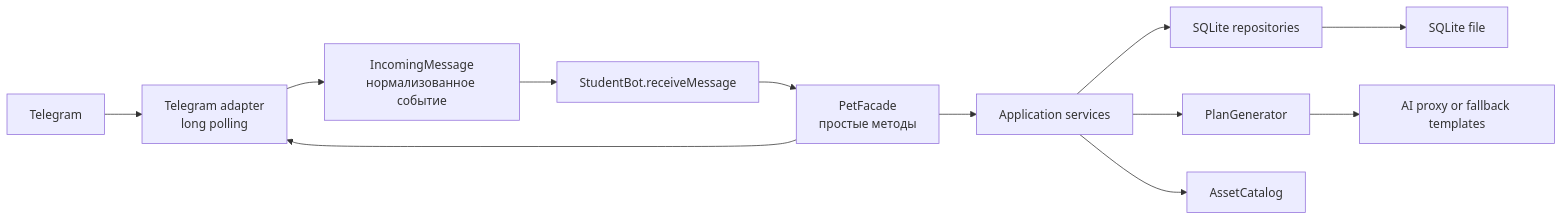
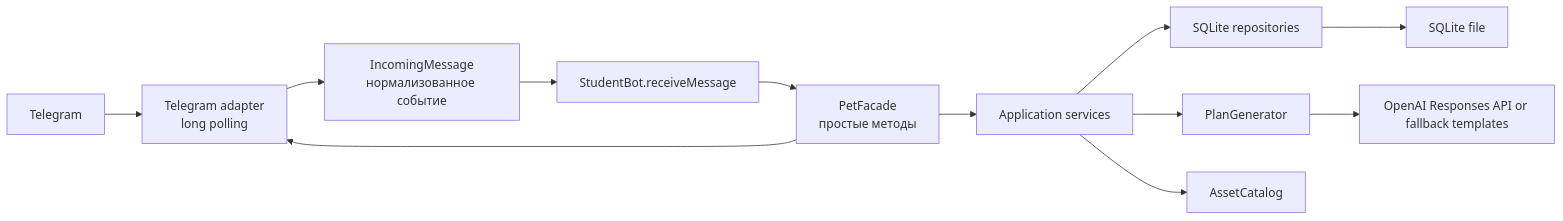
One commit to Pixel-Point-Studio/trial-lesson-magic-pet changed the diagram in technical-spec.md. Above: the diagram before and after it, drawn with Mermaid. The commit also changed other lines of this file and 17 other files, not shown here.

Commit message:
Use direct OpenAI Responses API

````diff
--- a/technical-spec.md
+++ b/technical-spec.md
@@ -33,14 +33,14 @@
 ```mermaid
 flowchart LR
     TG["Telegram"] --> TGA["Telegram adapter<br>long polling"]
     TGA --> N["IncomingMessage<br>нормализованное событие"]
     N --> C["StudentBot.receiveMessage"]
     C --> F["PetFacade<br>простые методы"]
     F --> S["Application services"]
     S --> R["SQLite repositories"]
     S --> AI["PlanGenerator"]
     S --> A["AssetCatalog"]
-    AI --> P["AI proxy or fallback templates"]
+    AI --> P["OpenAI Responses API or fallback templates"]
     R --> DB["SQLite file"]
     F --> TGA
 ```
````
